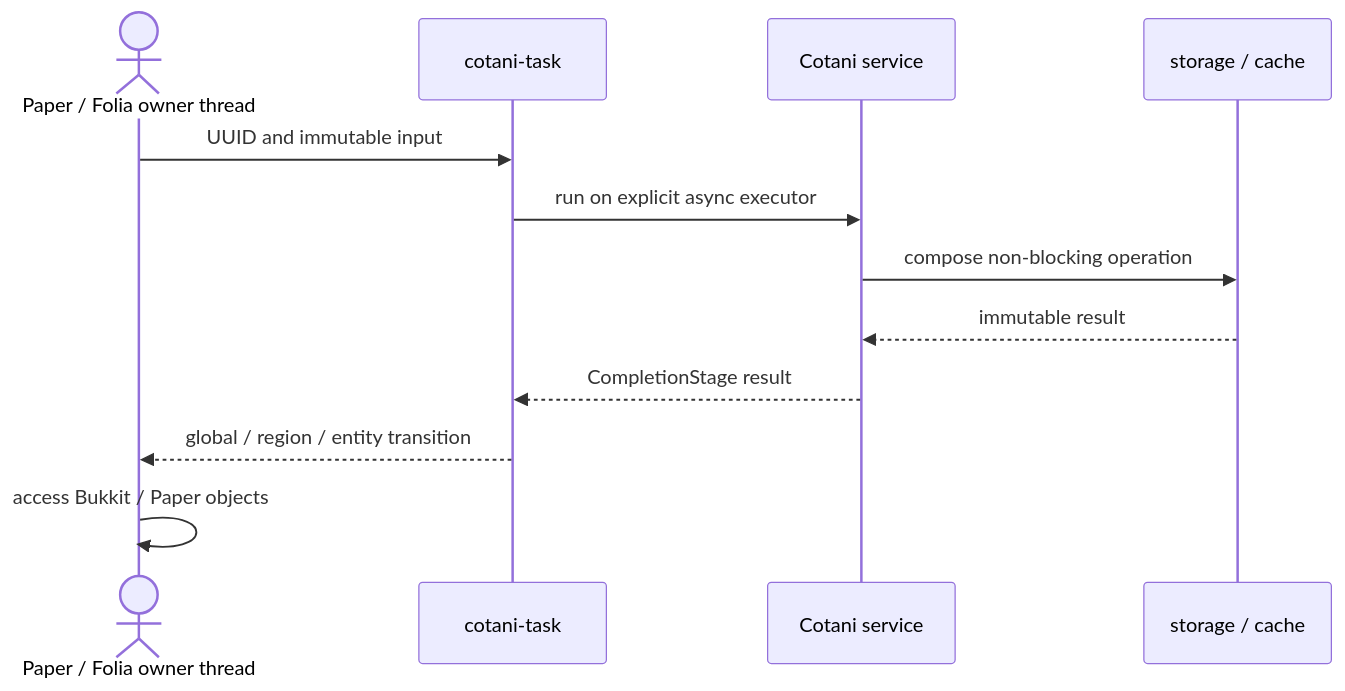
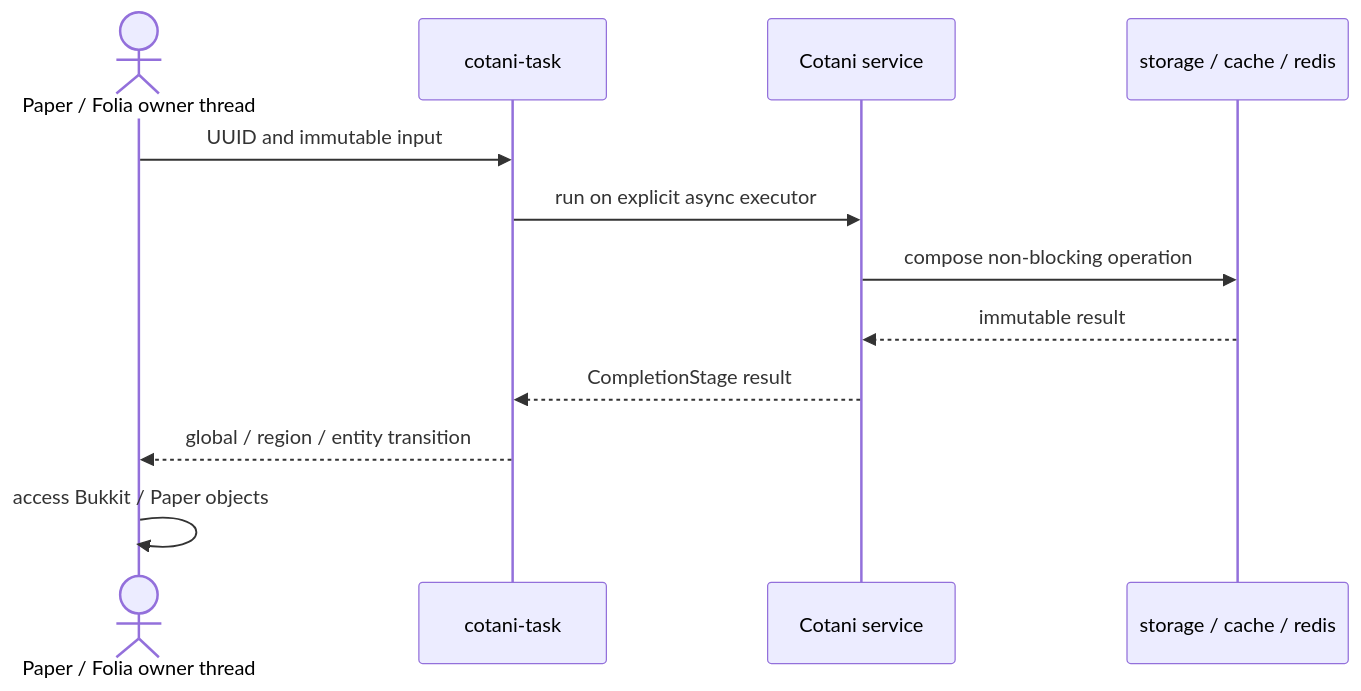
One commit to HanielCota/Cotani changed the second of 2 diagrams in docs/architecture.md. Above: the diagram before and after it, drawn with Mermaid. The commit also changed other lines of this file and 313 other files, not shown here.

First line of the commit message:
feat: implement modules, reactive architecture, async safety, and documentation

````diff
--- a/docs/architecture.md
+++ b/docs/architecture.md
@@ -86,15 +107,15 @@
 ```mermaid
 sequenceDiagram
     actor Server as Paper / Folia owner thread
     participant Scheduler as cotani-task
     participant Service as Cotani service
-    participant IO as storage / cache
+    participant IO as storage / cache / redis
 
     Server->>Scheduler: UUID and immutable input
     Scheduler->>Service: run on explicit async executor
     Service->>IO: compose non-blocking operation
     IO-->>Service: immutable result
     Service-->>Scheduler: CompletionStage result
     Scheduler-->>Server: global / region / entity transition
     Server->>Server: access Bukkit / Paper objects
 ```
````
